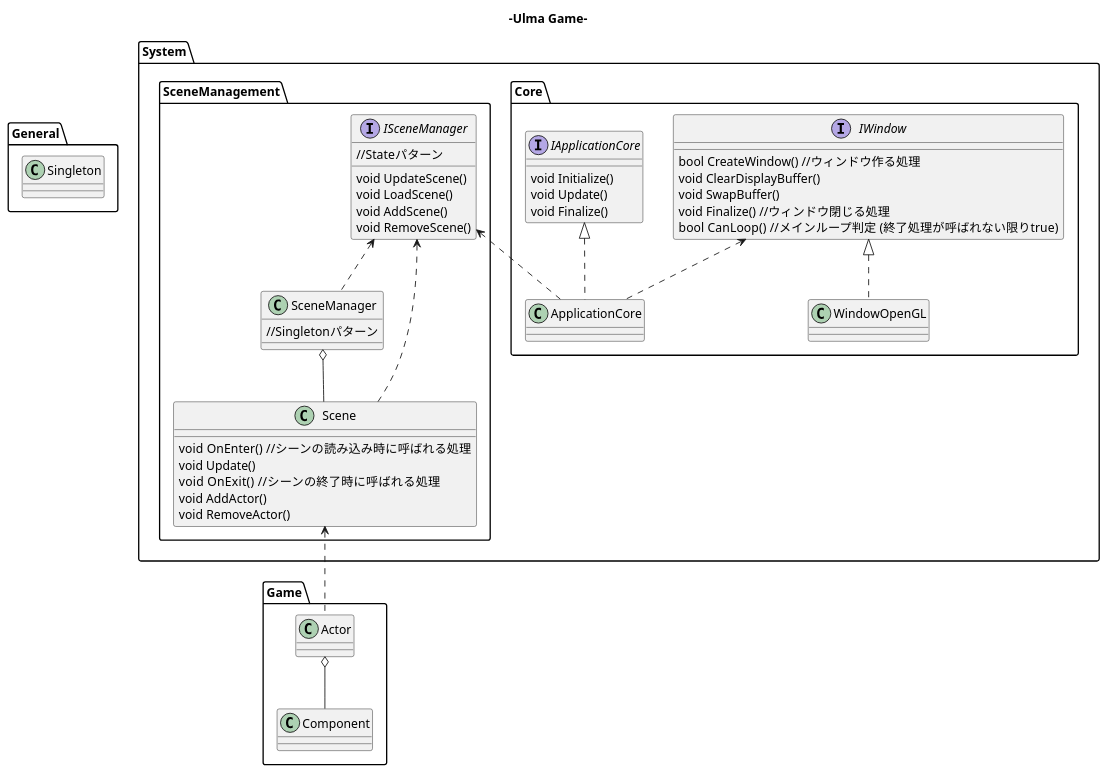
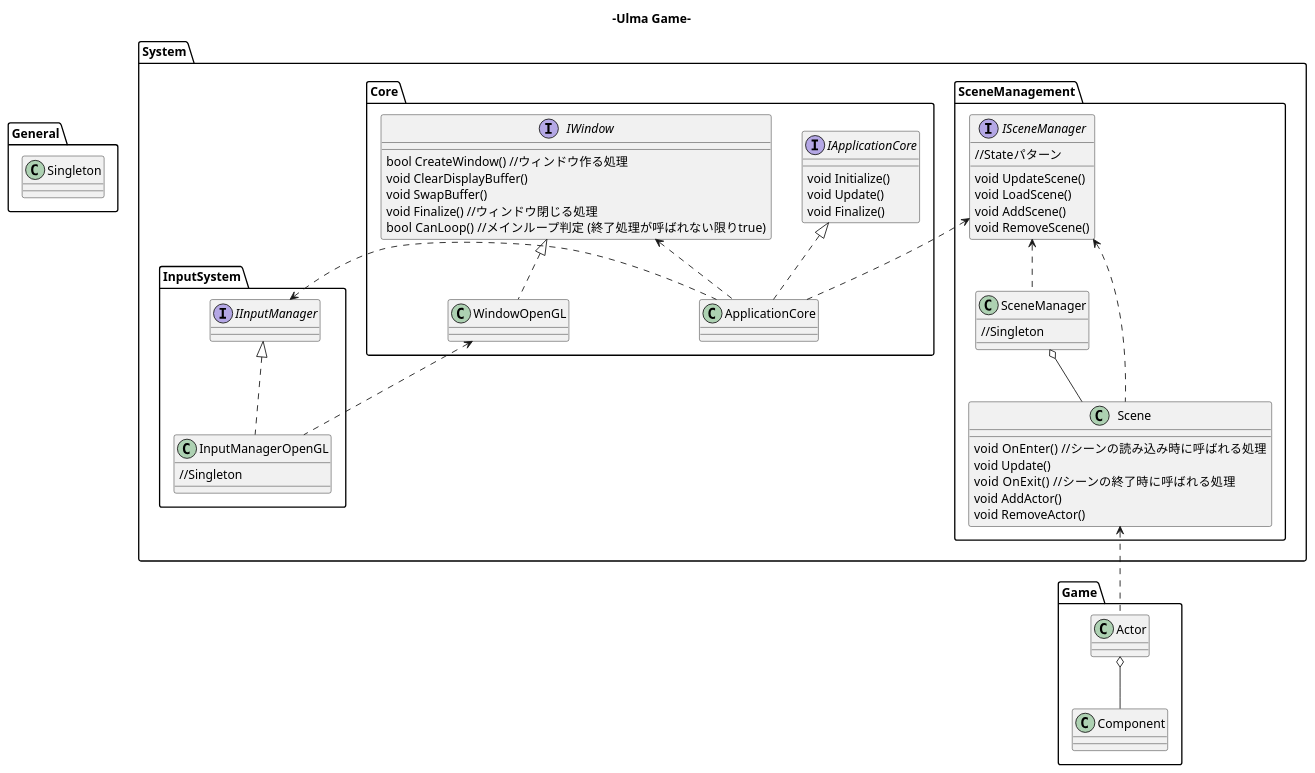
One commit to Ulma-S/UlmaGame changed the diagram in Specification/uml/class_diagram.pu. Above: the diagram before and after it, drawn with PlantUML. The commit also changed 14 other files, not shown here.

Commit message:
Added glfw input system.

```diff
--- a/Specification/uml/class_diagram.pu
+++ b/Specification/uml/class_diagram.pu
@@ -1,74 +1,87 @@
 @startuml
 title -Ulma Game-
 package General{
     class Singleton{
 
     }
 }
 
 package System{
     package Core{
         interface IWindow{
             bool CreateWindow() //ウィンドウ作る処理
             void ClearDisplayBuffer()
             void SwapBuffer()
             void Finalize() //ウィンドウ閉じる処理
             bool CanLoop()  //メインループ判定 (終了処理が呼ばれない限りtrue)
         }
 
         class WindowOpenGL{
         }
         IWindow <|.. WindowOpenGL
 
         interface IApplicationCore{
             void Initialize()
             void Update()
             void Finalize()
         }
 
         class ApplicationCore{
 
         }
         IApplicationCore <|.. ApplicationCore
         IWindow <.. ApplicationCore
     }
 
     package SceneManagement{
         interface ISceneManager{
             //Stateパターン
             void UpdateScene()
             void LoadScene()
             void AddScene()
             void RemoveScene()
         }
 
         class SceneManager{
-            //Singletonパターン
+            //Singleton
         }
 
         class Scene{
             void OnEnter()  //シーンの読み込み時に呼ばれる処理
             void Update()
             void OnExit()   //シーンの終了時に呼ばれる処理
             void AddActor()
             void RemoveActor()
         }
         ISceneManager <.. SceneManager
         ISceneManager <.. Scene
         SceneManager o-- Scene
     }
     ISceneManager <.. ApplicationCore
+
+    package InputSystem{
+    interface IInputManager{
+
+    }
+
+    class InputManagerOpenGL{
+        //Singleton
+    }
+    IInputManager <|.. InputManagerOpenGL
+    WindowOpenGL <.. InputManagerOpenGL
+    IInputManager <.. ApplicationCore
+    }
 }
 
 package Game{
     class Actor{
 
     }
 
     class Component{
 
     }
 }
 Scene <.. Actor
 Actor o-- Component
 @enduml
```
